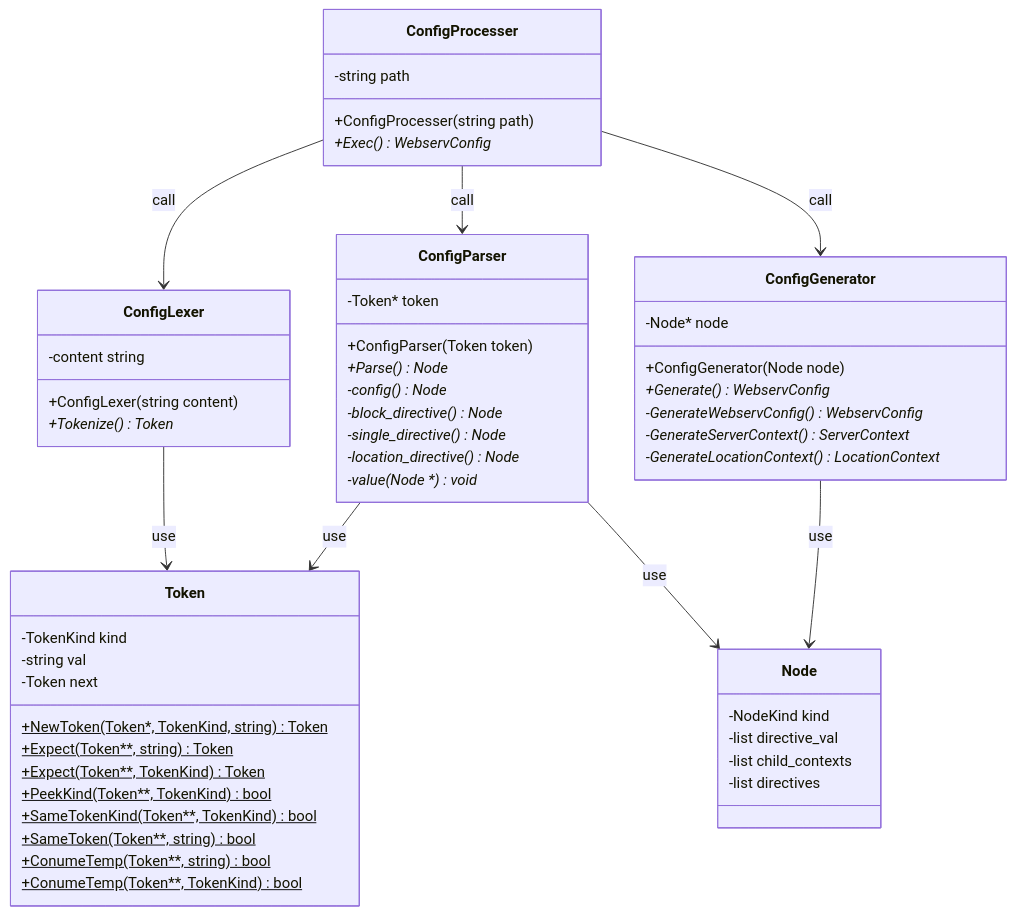
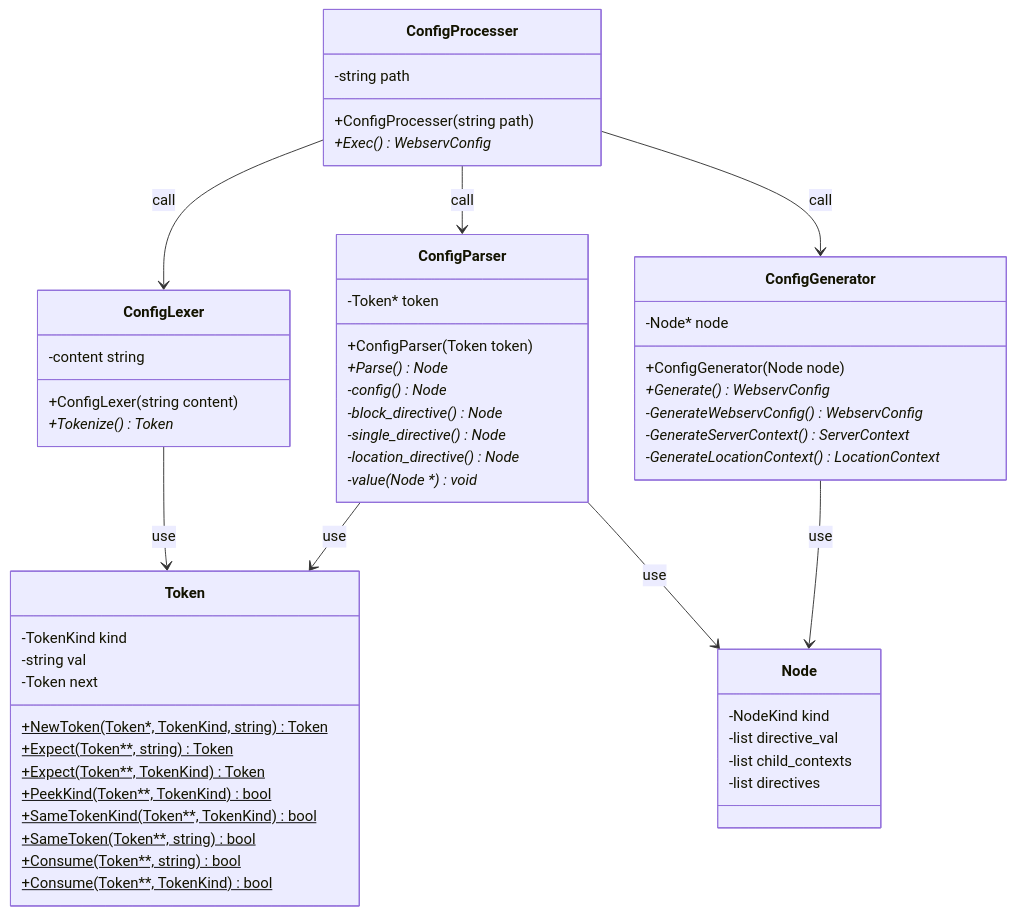
Before and after one commit to katataku/webserv: the diagram in docs/class/config_parser_class.md, drawn with Mermaid. The commit also changed other lines of this file and 4 other files, not shown here.

````diff
--- a/docs/class/config_parser_class.md
+++ b/docs/class/config_parser_class.md
@@ -1,69 +1,69 @@
 ```mermaid
 classDiagram
     ConfigProcesser --> ConfigLexer : call
     ConfigProcesser --> ConfigParser : call
     ConfigProcesser --> ConfigGenerator : call
     ConfigLexer --> Token : use
     ConfigParser --> Token : use
     ConfigParser --> Node : use
     ConfigGenerator --> Node : use
 
     %% configファイルを解釈してWebservConfigを作成するところまでを担当 %%
     class ConfigProcesser {
       +ConfigProcesser(string path)
       +Exec()* WebservConfig
       -string path
     }
 
     %% configファイルの内容を字句解析するところまでを担当 %%
     class ConfigLexer {
       +ConfigLexer(string content)
       +Tokenize()* Token
       -content string
     }
 
     %% 軸解析後のトークンを構文解析するところまでを担当 %%
     class ConfigParser {
       +ConfigParser(Token token)
       +Parse()* Node
       -config()* Node
       -block_directive()* Node
       -single_directive()* Node
       -location_directive()* Node
       -value(Node *)* void
       -Token* token
     }
 
     %% 構文解析後のノードを元にWebservConfigを作成するところまでを担当 %%
     class ConfigGenerator {
       +ConfigGenerator(Node node)
       +Generate()* WebservConfig
       -GenerateWebservConfig()* WebservConfig
       -GenerateServerContext()* ServerContext
       -GenerateLocationContext()* LocationContext
       -Node* node
     }
 
     %% 字句解析後のトークンを表すクラス %%
     class Token {
         +NewToken(Token*, TokenKind, string)$ Token
         +Expect(Token**, string)$ Token
         +Expect(Token**, TokenKind)$ Token
         +PeekKind(Token**, TokenKind)$ bool
         +SameTokenKind(Token**, TokenKind)$ bool
         +SameToken(Token**, string)$ bool
-        +ConumeTemp(Token**, string)$ bool
-        +ConumeTemp(Token**, TokenKind)$ bool
+        +Consume(Token**, string)$ bool
+        +Consume(Token**, TokenKind)$ bool
         -TokenKind kind
         -string    val
         -Token     next
     }
 
     %% 構文解析後のノードを表すクラス %%
     class Node {
       -NodeKind     kind
       -list<string> directive_val
       -list<Node>   child_contexts
       -list<Node>   directives
     }
 ```
````
